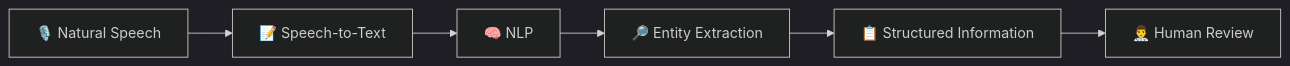
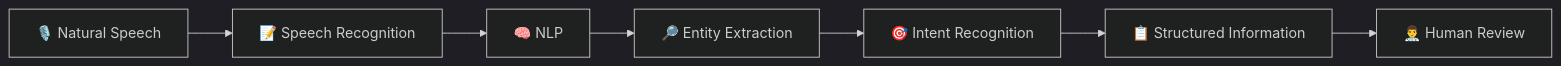
The second of 8 diagrams in README.md (anshika-dev23/Swasthya-Setu), drawn with Mermaid (dark theme) before and after one commit. The commit also changed other lines of this file, not shown here.

````diff
--- a/README.md
+++ b/README.md
@@ -296,14 +272,16 @@
 ```mermaid
 flowchart LR
 
 A["🎙️ Natural Speech"]
---> B["📝 Speech-to-Text"]
+--> B["📝 Speech Recognition"]
 
 B --> C["🧠 NLP"]
 
 C --> D["🔎 Entity Extraction"]
 
-D --> E["📋 Structured Information"]
+D --> E["🎯 Intent Recognition"]
 
-E --> F["👨‍⚕️ Human Review"]
+E --> F["📋 Structured Information"]
+
+F --> G["👨‍⚕️ Human Review"]
 ```
````
